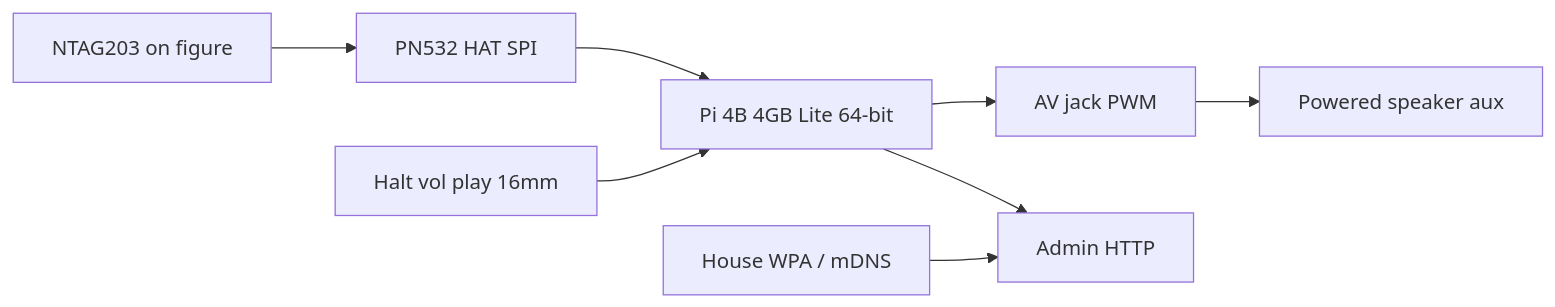
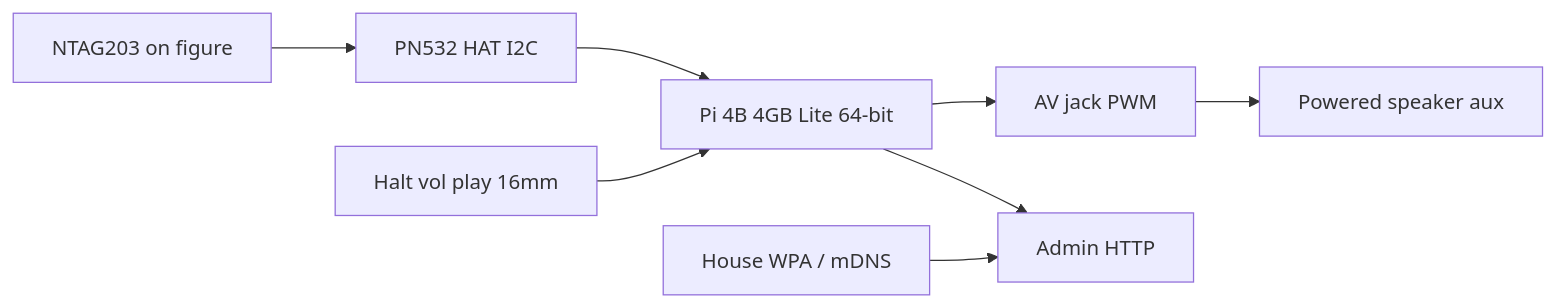
One commit to mzworthington/RoMini changed the second of 4 diagrams in docs/architecture.md. Above: the diagram before and after it, drawn with Mermaid. The commit also changed other lines of this file and 16 other files, not shown here.

````diff
--- a/docs/architecture.md
+++ b/docs/architecture.md
@@ -27,10 +27,10 @@
 ```mermaid
 flowchart LR
-  figure["NTAG203 on figure"] --> nfc["PN532 HAT SPI"]
+  figure["NTAG203 on figure"] --> nfc["PN532 HAT I2C"]
   btns["Halt vol play 16mm"] --> pi["Pi 4B 4GB Lite 64-bit"]
   nfc --> pi
   pi --> jack["AV jack PWM"]
   jack --> spk["Powered speaker aux"]
   lan["House WPA / mDNS"] --> admin["Admin HTTP"]
   pi --> admin
 ```
````
